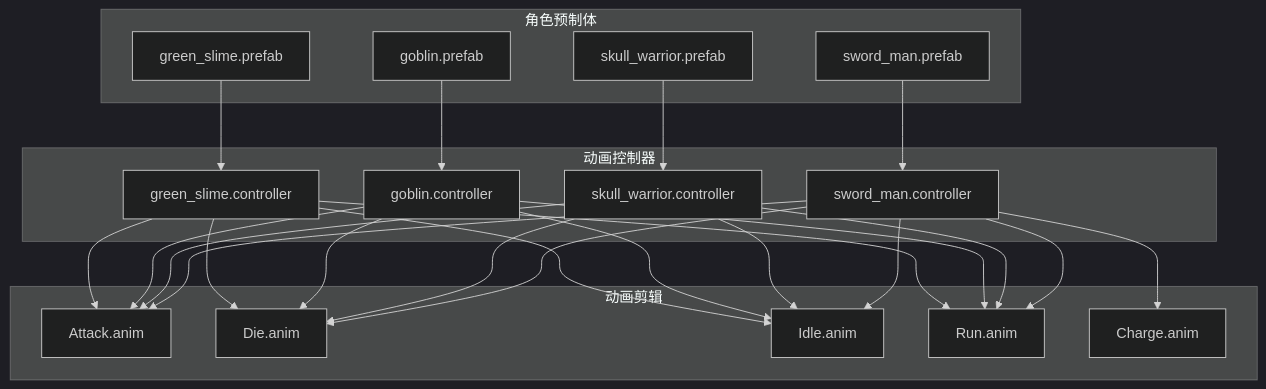
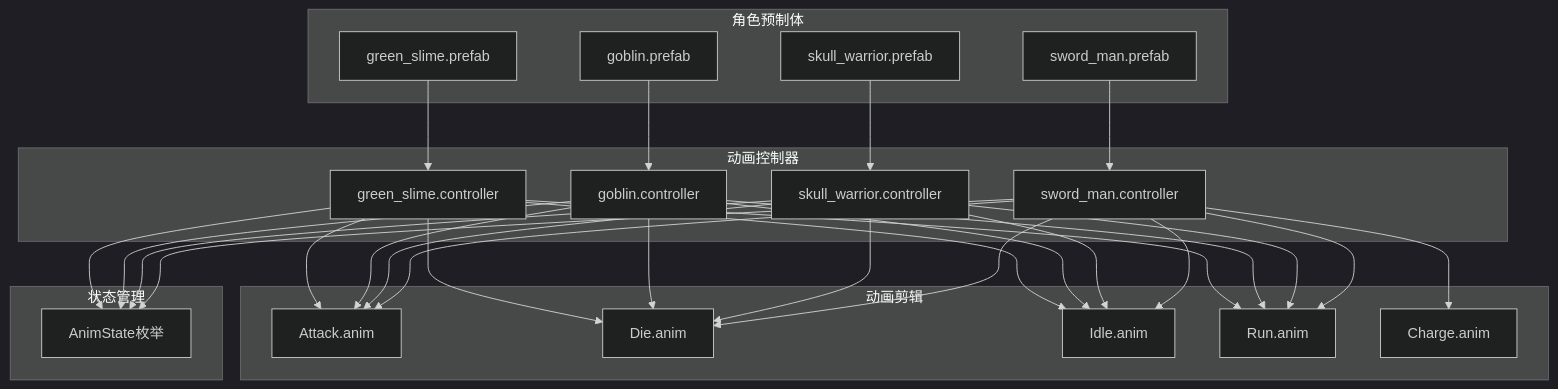
The tenth of 10 diagrams in .qoder/repowiki/zh/content/资源管理系统/动画资源配置.md (Tuusen/p1_client), drawn with Mermaid (dark theme) before and after one commit. The commit also changed other lines of this file and 9 other files, not shown here.

````diff
--- a/.qoder/repowiki/zh/content/资源管理系统/动画资源配置.md
+++ b/.qoder/repowiki/zh/content/资源管理系统/动画资源配置.md
@@ -287,43 +374,50 @@
 ```mermaid
 graph TB
 subgraph "角色预制体"
 HeroPrefab[sword_man.prefab]
 BossPrefab[skull_warrior.prefab]
 MonsterPrefab[goblin.prefab]
 SummonPrefab[green_slime.prefab]
 end
 subgraph "动画控制器"
 HeroController[sword_man.controller]
 BossController[skull_warrior.controller]
 MonsterController[goblin.controller]
 SummonController[green_slime.controller]
 end
 subgraph "动画剪辑"
 AttackClip[Attack.anim]
 DieClip[Die.anim]
 IdleClip[Idle.anim]
 RunClip[Run.anim]
 ChargeClip[Charge.anim]
+end
+subgraph "状态管理"
+AnimState[AnimState枚举]
+HeroController --> AnimState
+BossController --> AnimState
+MonsterController --> AnimState
+SummonController --> AnimState
 end
 HeroPrefab --> HeroController
 BossPrefab --> BossController
 MonsterPrefab --> MonsterController
 SummonPrefab --> SummonController
 HeroController --> AttackClip
 HeroController --> DieClip
 HeroController --> IdleClip
 HeroController --> RunClip
 HeroController --> ChargeClip
 BossController --> AttackClip
 BossController --> DieClip
 BossController --> IdleClip
 BossController --> RunClip
 MonsterController --> AttackClip
 MonsterController --> DieClip
 MonsterController --> IdleClip
 MonsterController --> RunClip
 SummonController --> AttackClip
 SummonController --> DieClip
 SummonController --> IdleClip
 SummonController --> RunClip
 ```
````
